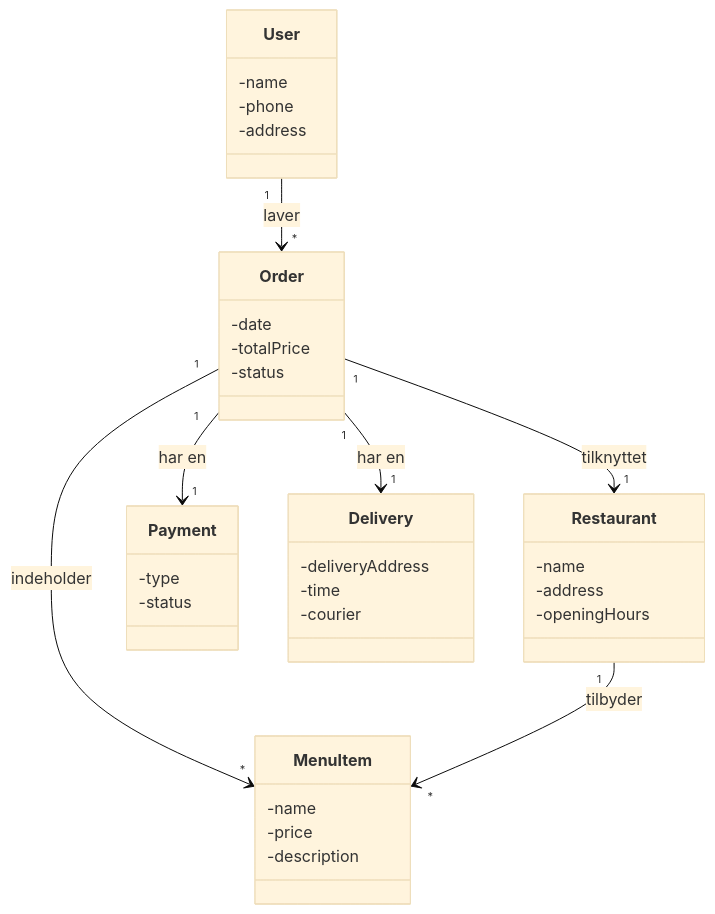
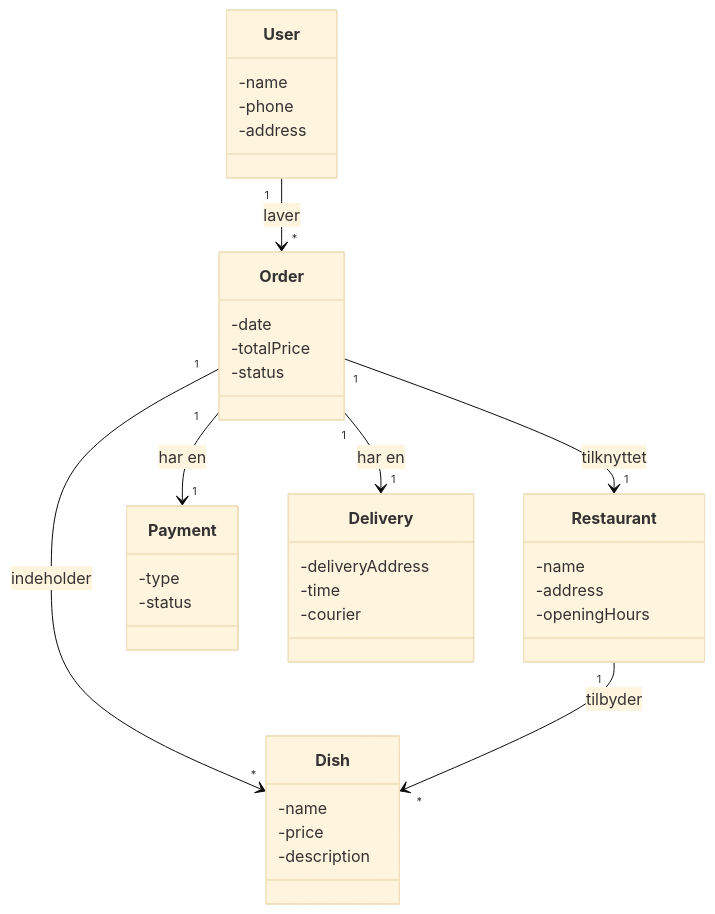
Before and after one commit to mnyborg/ITAR-E2025-SYSUDV: the sixth of 6 diagrams in opgaver/readme.md, drawn with Mermaid (base theme).

````diff
--- a/opgaver/readme.md
+++ b/opgaver/readme.md
@@ -161,45 +161,45 @@
 ```mermaid
 classDiagram
     class User {
       -name
       -phone
       -address
     }
 
     class Restaurant {
       -name
       -address
       -openingHours
     }
 
-    class MenuItem {
+    class Dish {
       -name
       -price
       -description
     }
 
     class Order {
       -date
       -totalPrice
       -status
     }
 
     class Payment {
       -type
       -status
     }
 
     class Delivery {
       -deliveryAddress
       -time
       -courier
     }
 
     User "1" --> "*" Order : laver
-    Order "1" --> "*" MenuItem : indeholder
-    Restaurant "1" --> "*" MenuItem : tilbyder
+    Order "1" --> "*" Dish : indeholder
+    Restaurant "1" --> "*" Dish : tilbyder
     Order "1" --> "1" Restaurant : tilknyttet
     Order "1" --> "1" Payment : har en
     Order "1" --> "1" Delivery : har en
 
 ```
````
